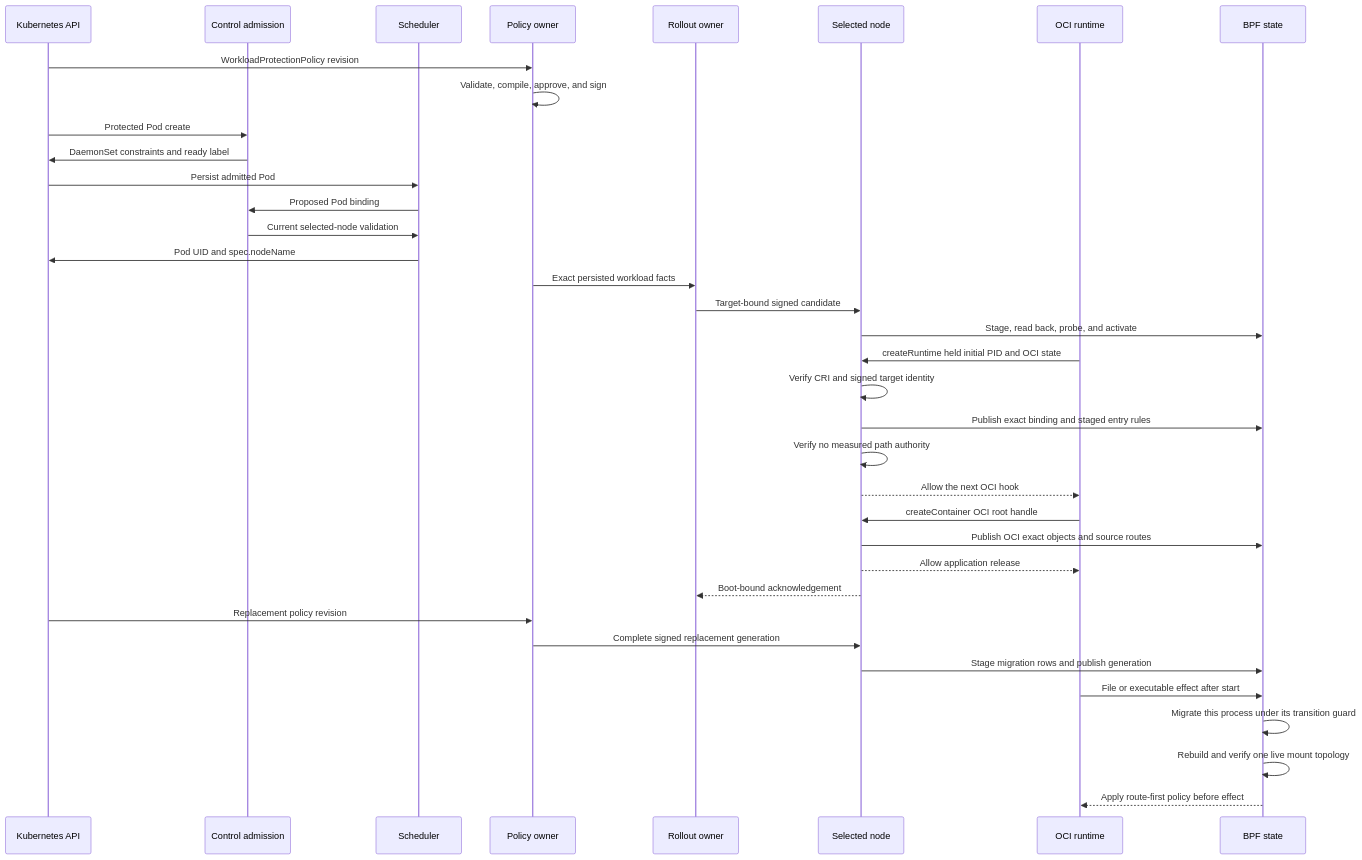
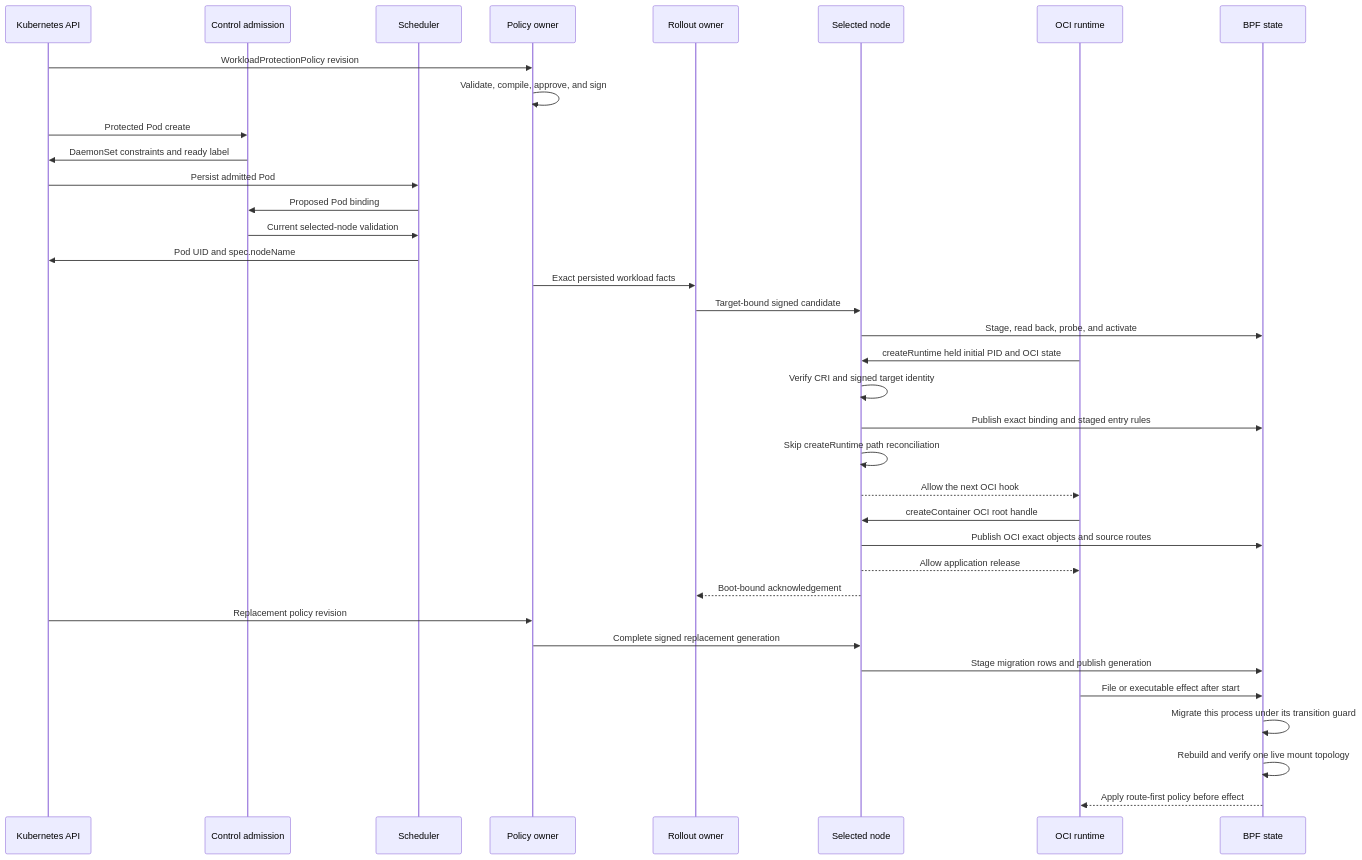
One commit to Ereborlabs/erebor-runtime changed the first of 5 diagrams in docs/plans/mithril-hugging-face-intrusion-prevention/phase-6-2-implementation-review.md. Above: the diagram before and after it, drawn with Mermaid. The commit also changed other lines of this file and 4 other files, not shown here.

Commit message:
Remove createRuntime path reconciliation

````diff
--- a/docs/plans/mithril-hugging-face-intrusion-prevention/phase-6-2-implementation-review.md
+++ b/docs/plans/mithril-hugging-face-intrusion-prevention/phase-6-2-implementation-review.md
@@ -233,38 +233,38 @@
 ```mermaid
 sequenceDiagram
     participant API as Kubernetes API
     participant Admission as Control admission
     participant Scheduler as Scheduler
     participant Desired as Policy owner
     participant Rollout as Rollout owner
     participant Node as Selected node
     participant Runtime as OCI runtime
     participant Kernel as BPF state
     API->>Desired: WorkloadProtectionPolicy revision
     Desired->>Desired: Validate, compile, approve, and sign
     API->>Admission: Protected Pod create
     Admission->>API: DaemonSet constraints and ready label
     API->>Scheduler: Persist admitted Pod
     Scheduler->>Admission: Proposed Pod binding
     Admission->>Scheduler: Current selected-node validation
     Scheduler->>API: Pod UID and spec.nodeName
     Desired->>Rollout: Exact persisted workload facts
     Rollout->>Node: Target-bound signed candidate
     Node->>Kernel: Stage, read back, probe, and activate
     Runtime->>Node: createRuntime held initial PID and OCI state
     Node->>Node: Verify CRI and signed target identity
     Node->>Kernel: Publish exact binding and staged entry rules
-    Node->>Node: Verify no measured path authority
+    Node->>Node: Skip createRuntime path reconciliation
     Node-->>Runtime: Allow the next OCI hook
     Runtime->>Node: createContainer OCI root handle
     Node->>Kernel: Publish OCI exact objects and source routes
     Node-->>Runtime: Allow application release
     Node-->>Rollout: Boot-bound acknowledgement
     API->>Desired: Replacement policy revision
     Desired->>Node: Complete signed replacement generation
     Node->>Kernel: Stage migration rows and publish generation
     Runtime->>Kernel: File or executable effect after start
     Kernel->>Kernel: Migrate this process under its transition guard
     Kernel->>Kernel: Rebuild and verify one live mount topology
     Kernel-->>Runtime: Apply route-first policy before effect
 ```
````
